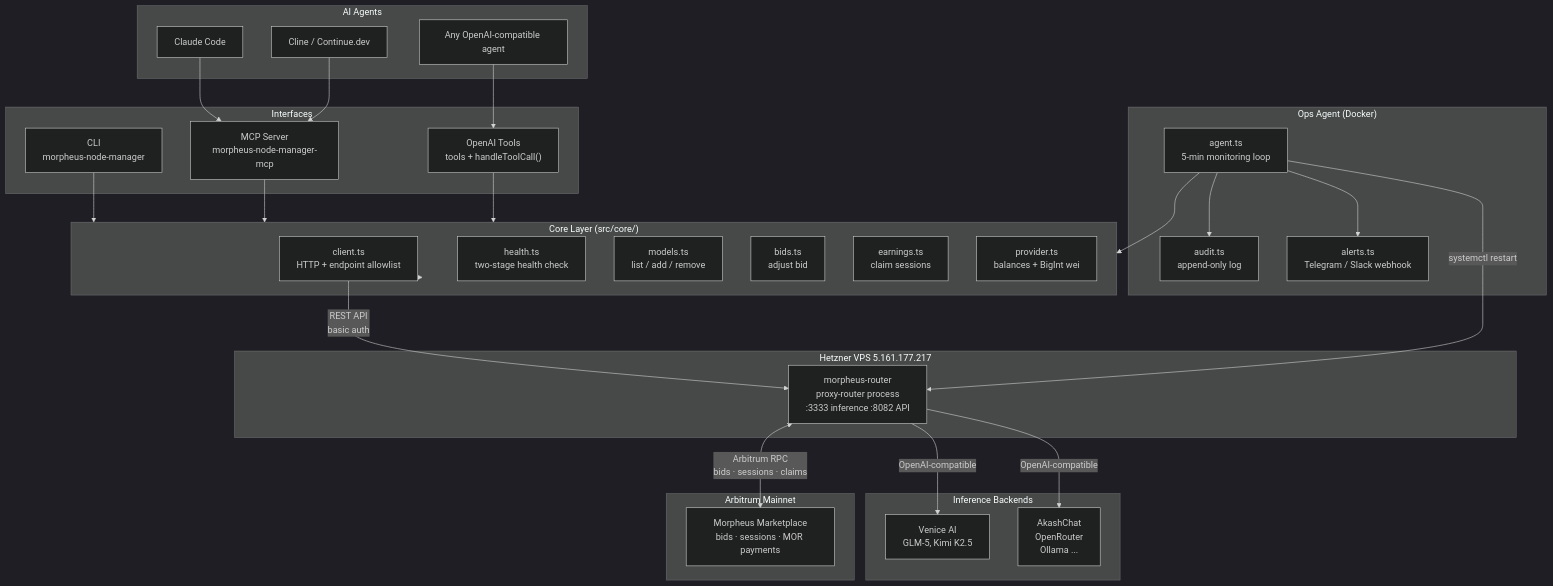
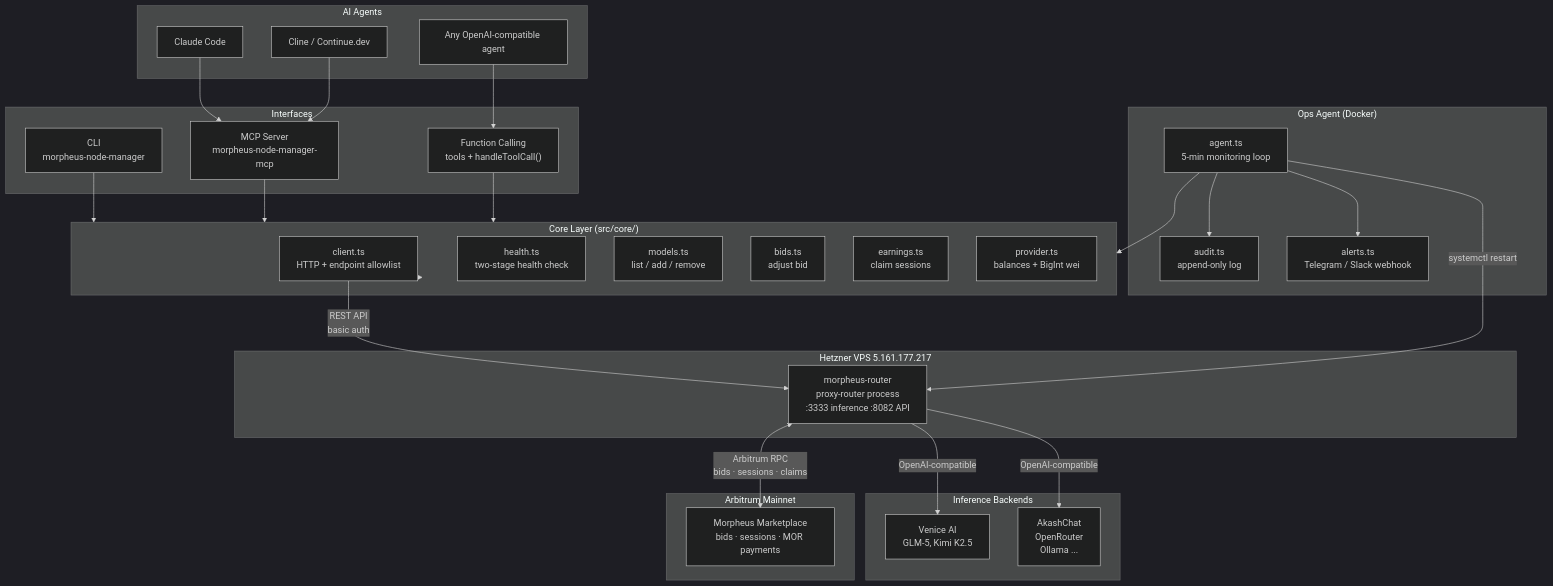
The diagram in docs/architecture.md (betterbrand/Morpheus-skilled-agent), drawn with Mermaid (dark theme) before and after one commit. The commit also changed other lines of this file and 4 other files, not shown here.

First line of the commit message:
Rebrand OpenAI Tools to Function Calling in docs

````diff
--- a/docs/architecture.md
+++ b/docs/architecture.md
@@ -3,58 +3,58 @@
 ```mermaid
 flowchart TB
     subgraph interfaces["Interfaces"]
         CLI["CLI\nmorpheus-node-manager"]
         MCP["MCP Server\nmorpheus-node-manager-mcp"]
-        OAI["OpenAI Tools\ntools + handleToolCall()"]
+        OAI["Function Calling\ntools + handleToolCall()"]
     end
 
     subgraph agents["AI Agents"]
         CC["Claude Code"]
         CLINE["Cline / Continue.dev"]
         AGENT["Any OpenAI-compatible agent"]
     end
 
     subgraph core["Core Layer (src/core/)"]
         CLIENT["client.ts\nHTTP + endpoint allowlist"]
         HEALTH["health.ts\ntwo-stage health check"]
         MODELS["models.ts\nlist / add / remove"]
         BIDS["bids.ts\nadjust bid"]
         EARN["earnings.ts\nclaim sessions"]
         PROV["provider.ts\nbalances + BigInt wei"]
     end
 
     subgraph opsagent["Ops Agent (Docker)"]
         LOOP["agent.ts\n5-min monitoring loop"]
         AUDIT["audit.ts\nappend-only log"]
         ALERTS["alerts.ts\nTelegram / Slack webhook"]
     end
 
     subgraph hetzner["Hetzner VPS 5.161.177.217"]
         ROUTER["morpheus-router\nproxy-router process\n:3333 inference  :8082 API"]
     end
 
     subgraph backends["Inference Backends"]
         VENICE["Venice AI\nGLM-5, Kimi K2.5"]
         AKASH["AkashChat\nOpenRouter\nOllama ..."]
     end
 
     subgraph chain["Arbitrum Mainnet"]
         MARKET["Morpheus Marketplace\nbids · sessions · MOR payments"]
     end
 
     CC --> MCP
     CLINE --> MCP
     AGENT --> OAI
     CLI --> core
     MCP --> core
     OAI --> core
     core --> CLIENT
     CLIENT -->|"REST API\nbasic auth"| ROUTER
     ROUTER -->|"OpenAI-compatible"| VENICE
     ROUTER -->|"OpenAI-compatible"| AKASH
     ROUTER <-->|"Arbitrum RPC\nbids · sessions · claims"| MARKET
     LOOP --> core
     LOOP --> AUDIT
     LOOP --> ALERTS
     LOOP -->|"systemctl restart"| ROUTER
 ```
````
